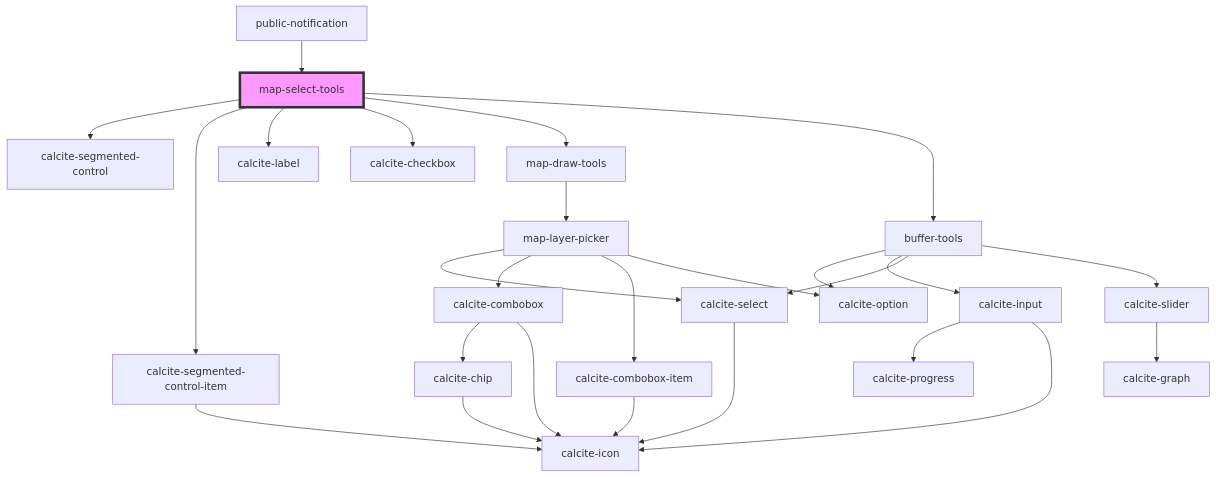
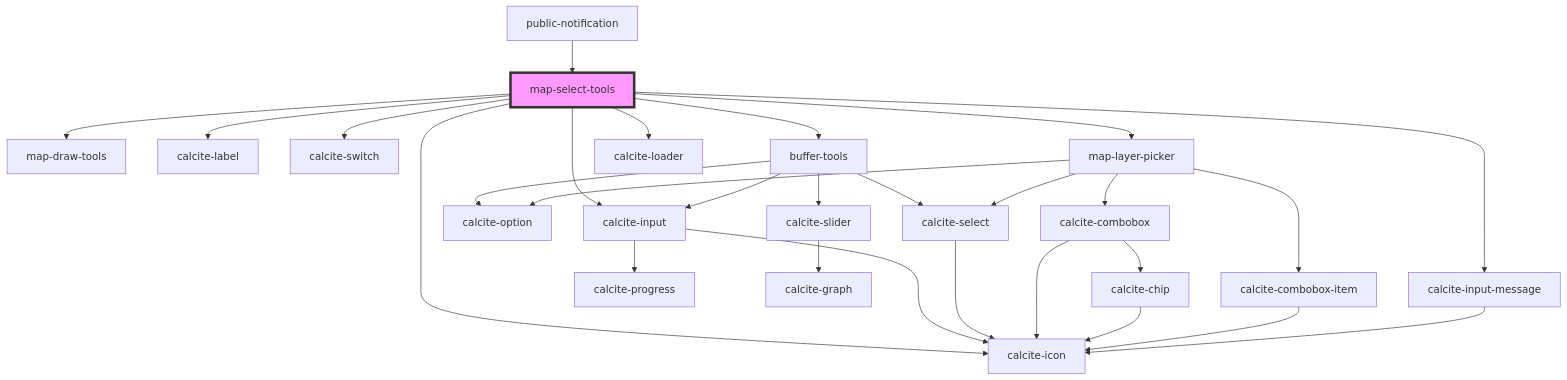
The diagram in src/components/map-select-tools/readme.md (Esri/solutions-components), drawn with Mermaid before and after one commit. The commit also changed other lines of this file and 24 other files, not shown here.

````diff
--- a/src/components/map-select-tools/readme.md
+++ b/src/components/map-select-tools/readme.md
@@ -78,29 +80,31 @@
 ```mermaid
 graph TD;
-  map-select-tools --> calcite-segmented-control
-  map-select-tools --> calcite-segmented-control-item
+  map-select-tools --> map-draw-tools
   map-select-tools --> calcite-label
-  map-select-tools --> calcite-checkbox
-  map-select-tools --> map-draw-tools
+  map-select-tools --> calcite-switch
   map-select-tools --> buffer-tools
-  calcite-segmented-control-item --> calcite-icon
-  map-draw-tools --> map-layer-picker
-  map-layer-picker --> calcite-select
-  map-layer-picker --> calcite-combobox
-  map-layer-picker --> calcite-combobox-item
-  map-layer-picker --> calcite-option
-  calcite-select --> calcite-icon
-  calcite-combobox --> calcite-chip
-  calcite-combobox --> calcite-icon
-  calcite-chip --> calcite-icon
-  calcite-combobox-item --> calcite-icon
+  map-select-tools --> map-layer-picker
+  map-select-tools --> calcite-loader
+  map-select-tools --> calcite-icon
+  map-select-tools --> calcite-input-message
+  map-select-tools --> calcite-input
   buffer-tools --> calcite-option
   buffer-tools --> calcite-input
   buffer-tools --> calcite-select
   buffer-tools --> calcite-slider
   calcite-input --> calcite-progress
   calcite-input --> calcite-icon
+  calcite-select --> calcite-icon
   calcite-slider --> calcite-graph
+  map-layer-picker --> calcite-select
+  map-layer-picker --> calcite-combobox
+  map-layer-picker --> calcite-combobox-item
+  map-layer-picker --> calcite-option
+  calcite-combobox --> calcite-chip
+  calcite-combobox --> calcite-icon
+  calcite-chip --> calcite-icon
+  calcite-combobox-item --> calcite-icon
+  calcite-input-message --> calcite-icon
   public-notification --> map-select-tools
   style map-select-tools fill:#f9f,stroke:#333,stroke-width:4px
 ```
````
